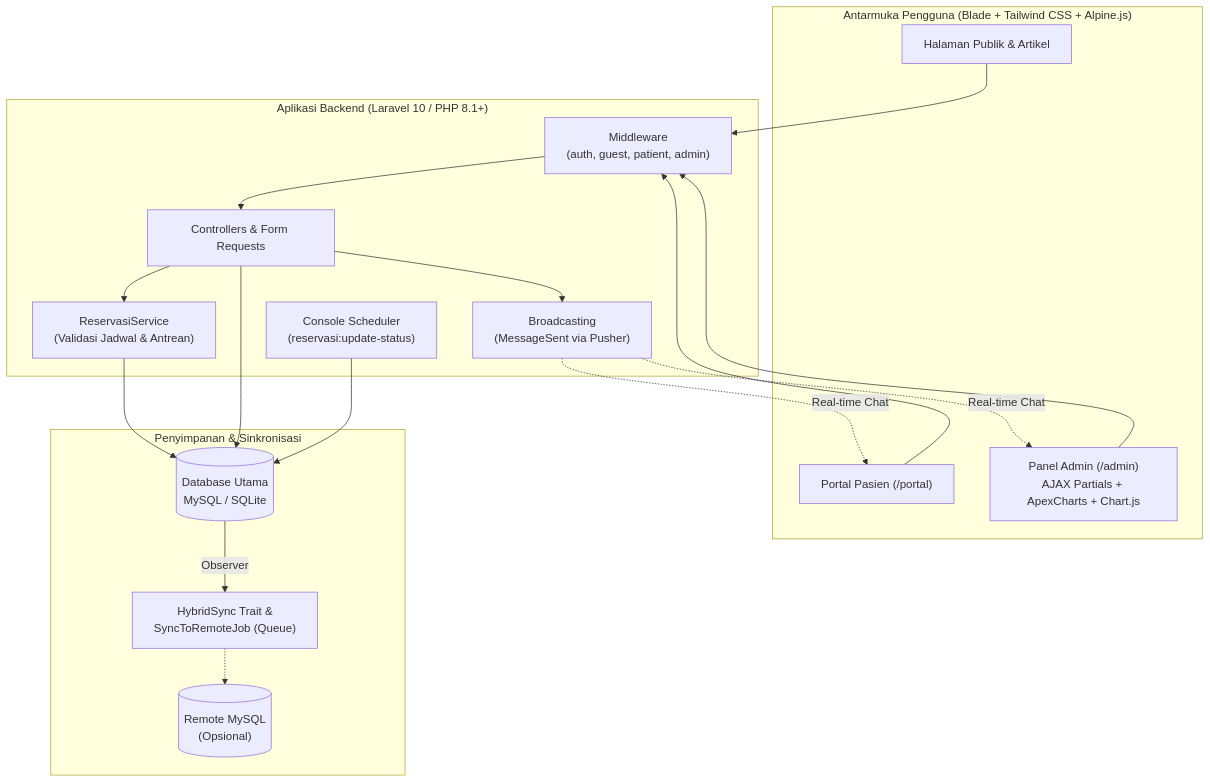
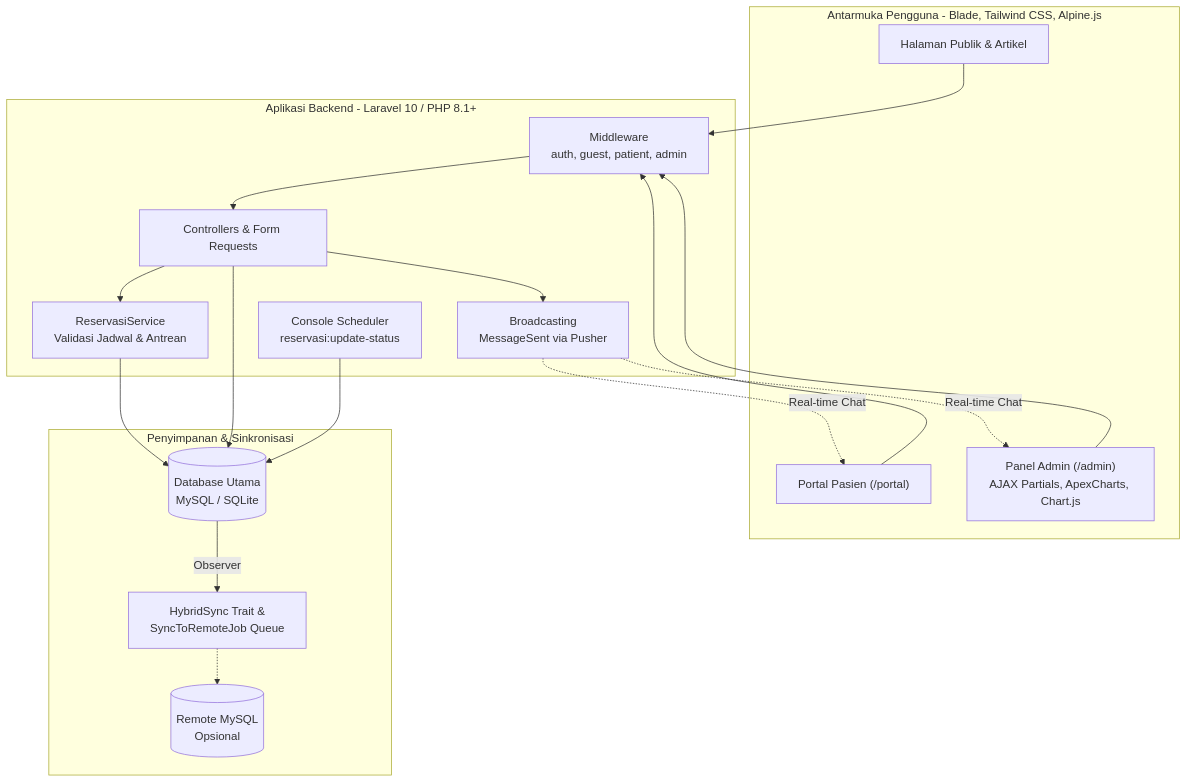
One commit to Nomus729/DelimaCare changed the diagram in README.md. Above: the diagram before and after it, drawn with Mermaid.

Commit message:
Update read

````diff
--- a/README.md
+++ b/README.md
@@ -57,29 +57,36 @@
 ```mermaid
 flowchart TB
-    subgraph Client["Antarmuka Pengguna (Blade + Tailwind CSS + Alpine.js)"]
+    subgraph Client["Antarmuka Pengguna - Blade, Tailwind CSS, Alpine.js"]
         Pub["Halaman Publik & Artikel"]
         Portal["Portal Pasien (/portal)"]
-        Admin["Panel Admin (/admin)\nAJAX Partials + ApexCharts + Chart.js"]
+        Admin["Panel Admin (/admin)<br/>AJAX Partials, ApexCharts, Chart.js"]
     end
 
-    subgraph App["Aplikasi Backend (Laravel 10 / PHP 8.1+)"]
-        MW["Middleware\n(auth, guest, patient, admin)"]
+    subgraph App["Aplikasi Backend - Laravel 10 / PHP 8.1+"]
+        MW["Middleware<br/>auth, guest, patient, admin"]
         Ctrl["Controllers & Form Requests"]
-        Svc["ReservasiService\n(Validasi Jadwal & Antrean)"]
-        Evt["Broadcasting\n(MessageSent via Pusher)"]
-        Sched["Console Scheduler\n(reservasi:update-status)"]
+        Svc["ReservasiService<br/>Validasi Jadwal & Antrean"]
+        Evt["Broadcasting<br/>MessageSent via Pusher"]
+        Sched["Console Scheduler<br/>reservasi:update-status"]
     end
 
     subgraph Data["Penyimpanan & Sinkronisasi"]
-        DB[("Database Utama\nMySQL / SQLite")]
-        Sync["HybridSync Trait &\nSyncToRemoteJob (Queue)"]
-        Remote[("Remote MySQL\n(Opsional)")]
+        DB[("Database Utama<br/>MySQL / SQLite")]
+        Sync["HybridSync Trait &<br/>SyncToRemoteJob Queue"]
+        Remote[("Remote MySQL<br/>Opsional")]
     end
 
-    Pub & Portal & Admin --> MW --> Ctrl
-    Ctrl --> Svc --> DB
+    Pub --> MW
+    Portal --> MW
+    Admin --> MW
+    MW --> Ctrl
+    Ctrl --> Svc
+    Svc --> DB
     Ctrl --> DB
-    Ctrl --> Evt -.->|"Real-time Chat"| Portal & Admin
+    Ctrl --> Evt
+    Evt -. "Real-time Chat" .-> Portal
+    Evt -. "Real-time Chat" .-> Admin
     Sched --> DB
-    DB -->|"Observer"| Sync -.-> Remote
+    DB -- "Observer" --> Sync
+    Sync -.-> Remote
 ```
````
